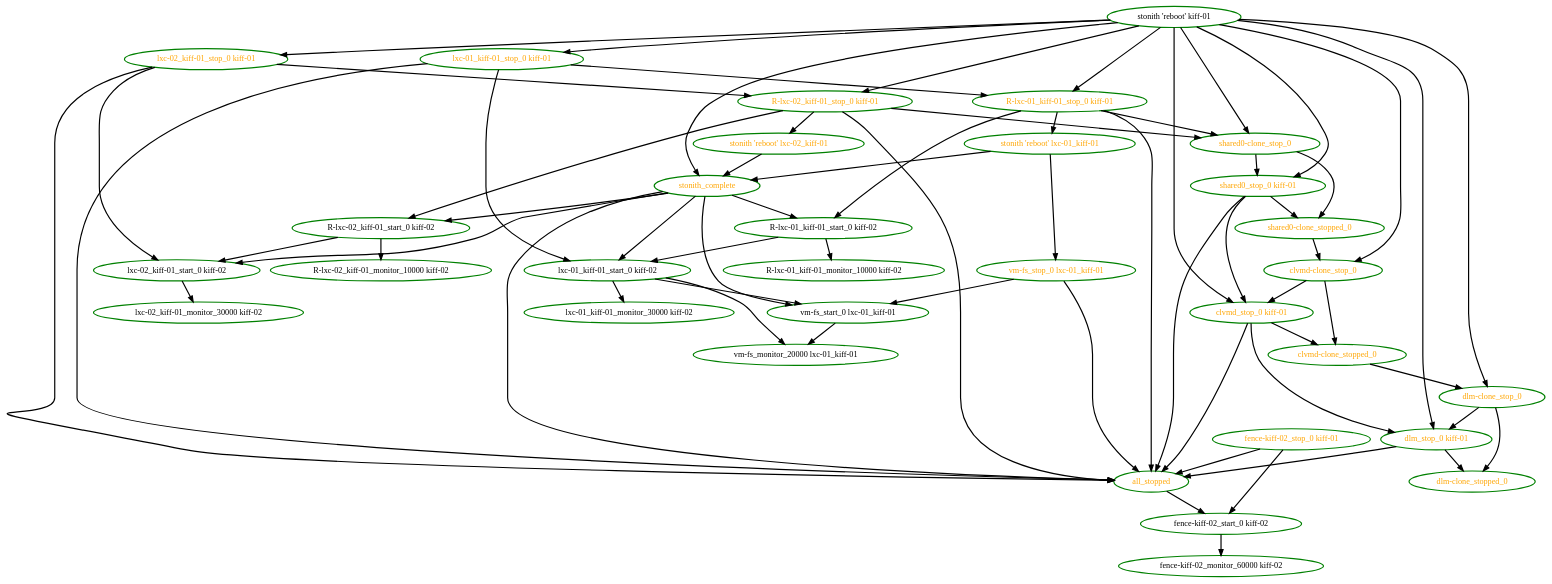
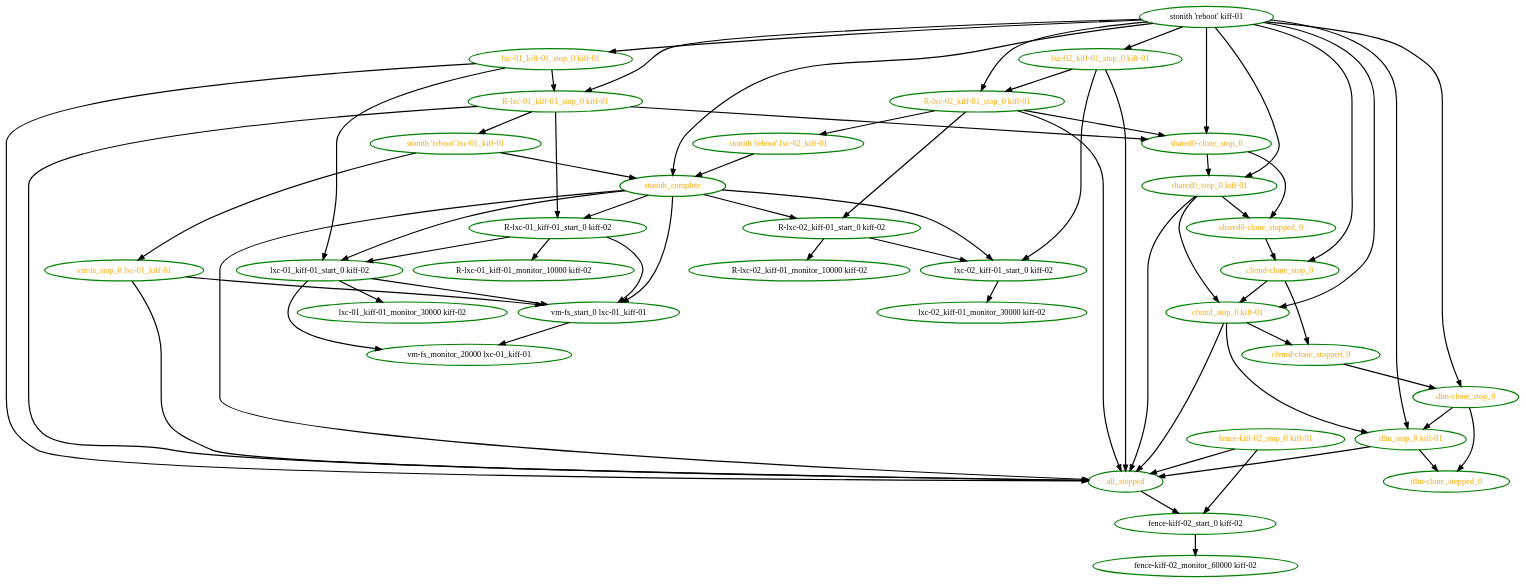
One commit to ClusterLabs/pacemaker changed the diagram in pengine/test10/whitebox-imply-stop-on-fence.dot. Above: the diagram before and after it, drawn with Graphviz. The commit also changed 27 other files, not shown here.

```diff
--- a/pengine/test10/whitebox-imply-stop-on-fence.dot
+++ b/pengine/test10/whitebox-imply-stop-on-fence.dot
@@ -1,99 +1,100 @@
  digraph "g" {
 "R-lxc-01_kiff-01_monitor_10000 kiff-02" [ style=bold color="green" fontcolor="black"]
 "R-lxc-01_kiff-01_start_0 kiff-02" -> "R-lxc-01_kiff-01_monitor_10000 kiff-02" [ style = bold]
 "R-lxc-01_kiff-01_start_0 kiff-02" -> "lxc-01_kiff-01_start_0 kiff-02" [ style = bold]
+"R-lxc-01_kiff-01_start_0 kiff-02" -> "vm-fs_start_0 lxc-01_kiff-01" [ style = bold]
 "R-lxc-01_kiff-01_start_0 kiff-02" [ style=bold color="green" fontcolor="black"]
 "R-lxc-01_kiff-01_stop_0 kiff-01" -> "R-lxc-01_kiff-01_start_0 kiff-02" [ style = bold]
 "R-lxc-01_kiff-01_stop_0 kiff-01" -> "all_stopped" [ style = bold]
 "R-lxc-01_kiff-01_stop_0 kiff-01" -> "shared0-clone_stop_0" [ style = bold]
 "R-lxc-01_kiff-01_stop_0 kiff-01" -> "stonith 'reboot' lxc-01_kiff-01" [ style = bold]
 "R-lxc-01_kiff-01_stop_0 kiff-01" [ style=bold color="green" fontcolor="orange"]
 "R-lxc-02_kiff-01_monitor_10000 kiff-02" [ style=bold color="green" fontcolor="black"]
 "R-lxc-02_kiff-01_start_0 kiff-02" -> "R-lxc-02_kiff-01_monitor_10000 kiff-02" [ style = bold]
 "R-lxc-02_kiff-01_start_0 kiff-02" -> "lxc-02_kiff-01_start_0 kiff-02" [ style = bold]
 "R-lxc-02_kiff-01_start_0 kiff-02" [ style=bold color="green" fontcolor="black"]
 "R-lxc-02_kiff-01_stop_0 kiff-01" -> "R-lxc-02_kiff-01_start_0 kiff-02" [ style = bold]
 "R-lxc-02_kiff-01_stop_0 kiff-01" -> "all_stopped" [ style = bold]
 "R-lxc-02_kiff-01_stop_0 kiff-01" -> "shared0-clone_stop_0" [ style = bold]
 "R-lxc-02_kiff-01_stop_0 kiff-01" -> "stonith 'reboot' lxc-02_kiff-01" [ style = bold]
 "R-lxc-02_kiff-01_stop_0 kiff-01" [ style=bold color="green" fontcolor="orange"]
 "all_stopped" -> "fence-kiff-02_start_0 kiff-02" [ style = bold]
 "all_stopped" [ style=bold color="green" fontcolor="orange"]
 "clvmd-clone_stop_0" -> "clvmd-clone_stopped_0" [ style = bold]
 "clvmd-clone_stop_0" -> "clvmd_stop_0 kiff-01" [ style = bold]
 "clvmd-clone_stop_0" [ style=bold color="green" fontcolor="orange"]
 "clvmd-clone_stopped_0" -> "dlm-clone_stop_0" [ style = bold]
 "clvmd-clone_stopped_0" [ style=bold color="green" fontcolor="orange"]
 "clvmd_stop_0 kiff-01" -> "all_stopped" [ style = bold]
 "clvmd_stop_0 kiff-01" -> "clvmd-clone_stopped_0" [ style = bold]
 "clvmd_stop_0 kiff-01" -> "dlm_stop_0 kiff-01" [ style = bold]
 "clvmd_stop_0 kiff-01" [ style=bold color="green" fontcolor="orange"]
 "dlm-clone_stop_0" -> "dlm-clone_stopped_0" [ style = bold]
 "dlm-clone_stop_0" -> "dlm_stop_0 kiff-01" [ style = bold]
 "dlm-clone_stop_0" [ style=bold color="green" fontcolor="orange"]
 "dlm-clone_stopped_0" [ style=bold color="green" fontcolor="orange"]
 "dlm_stop_0 kiff-01" -> "all_stopped" [ style = bold]
 "dlm_stop_0 kiff-01" -> "dlm-clone_stopped_0" [ style = bold]
 "dlm_stop_0 kiff-01" [ style=bold color="green" fontcolor="orange"]
 "fence-kiff-02_monitor_60000 kiff-02" [ style=bold color="green" fontcolor="black"]
 "fence-kiff-02_start_0 kiff-02" -> "fence-kiff-02_monitor_60000 kiff-02" [ style = bold]
 "fence-kiff-02_start_0 kiff-02" [ style=bold color="green" fontcolor="black"]
 "fence-kiff-02_stop_0 kiff-01" -> "all_stopped" [ style = bold]
 "fence-kiff-02_stop_0 kiff-01" -> "fence-kiff-02_start_0 kiff-02" [ style = bold]
 "fence-kiff-02_stop_0 kiff-01" [ style=bold color="green" fontcolor="orange"]
 "lxc-01_kiff-01_monitor_30000 kiff-02" [ style=bold color="green" fontcolor="black"]
 "lxc-01_kiff-01_start_0 kiff-02" -> "lxc-01_kiff-01_monitor_30000 kiff-02" [ style = bold]
 "lxc-01_kiff-01_start_0 kiff-02" -> "vm-fs_monitor_20000 lxc-01_kiff-01" [ style = bold]
 "lxc-01_kiff-01_start_0 kiff-02" -> "vm-fs_start_0 lxc-01_kiff-01" [ style = bold]
 "lxc-01_kiff-01_start_0 kiff-02" [ style=bold color="green" fontcolor="black"]
 "lxc-01_kiff-01_stop_0 kiff-01" -> "R-lxc-01_kiff-01_stop_0 kiff-01" [ style = bold]
 "lxc-01_kiff-01_stop_0 kiff-01" -> "all_stopped" [ style = bold]
 "lxc-01_kiff-01_stop_0 kiff-01" -> "lxc-01_kiff-01_start_0 kiff-02" [ style = bold]
 "lxc-01_kiff-01_stop_0 kiff-01" [ style=bold color="green" fontcolor="orange"]
 "lxc-02_kiff-01_monitor_30000 kiff-02" [ style=bold color="green" fontcolor="black"]
 "lxc-02_kiff-01_start_0 kiff-02" -> "lxc-02_kiff-01_monitor_30000 kiff-02" [ style = bold]
 "lxc-02_kiff-01_start_0 kiff-02" [ style=bold color="green" fontcolor="black"]
 "lxc-02_kiff-01_stop_0 kiff-01" -> "R-lxc-02_kiff-01_stop_0 kiff-01" [ style = bold]
 "lxc-02_kiff-01_stop_0 kiff-01" -> "all_stopped" [ style = bold]
 "lxc-02_kiff-01_stop_0 kiff-01" -> "lxc-02_kiff-01_start_0 kiff-02" [ style = bold]
 "lxc-02_kiff-01_stop_0 kiff-01" [ style=bold color="green" fontcolor="orange"]
 "shared0-clone_stop_0" -> "shared0-clone_stopped_0" [ style = bold]
 "shared0-clone_stop_0" -> "shared0_stop_0 kiff-01" [ style = bold]
 "shared0-clone_stop_0" [ style=bold color="green" fontcolor="orange"]
 "shared0-clone_stopped_0" -> "clvmd-clone_stop_0" [ style = bold]
 "shared0-clone_stopped_0" [ style=bold color="green" fontcolor="orange"]
 "shared0_stop_0 kiff-01" -> "all_stopped" [ style = bold]
 "shared0_stop_0 kiff-01" -> "clvmd_stop_0 kiff-01" [ style = bold]
 "shared0_stop_0 kiff-01" -> "shared0-clone_stopped_0" [ style = bold]
 "shared0_stop_0 kiff-01" [ style=bold color="green" fontcolor="orange"]
 "stonith 'reboot' kiff-01" -> "R-lxc-01_kiff-01_stop_0 kiff-01" [ style = bold]
 "stonith 'reboot' kiff-01" -> "R-lxc-02_kiff-01_stop_0 kiff-01" [ style = bold]
 "stonith 'reboot' kiff-01" -> "clvmd-clone_stop_0" [ style = bold]
 "stonith 'reboot' kiff-01" -> "clvmd_stop_0 kiff-01" [ style = bold]
 "stonith 'reboot' kiff-01" -> "dlm-clone_stop_0" [ style = bold]
 "stonith 'reboot' kiff-01" -> "dlm_stop_0 kiff-01" [ style = bold]
 "stonith 'reboot' kiff-01" -> "lxc-01_kiff-01_stop_0 kiff-01" [ style = bold]
 "stonith 'reboot' kiff-01" -> "lxc-02_kiff-01_stop_0 kiff-01" [ style = bold]
 "stonith 'reboot' kiff-01" -> "shared0-clone_stop_0" [ style = bold]
 "stonith 'reboot' kiff-01" -> "shared0_stop_0 kiff-01" [ style = bold]
 "stonith 'reboot' kiff-01" -> "stonith_complete" [ style = bold]
 "stonith 'reboot' kiff-01" [ style=bold color="green" fontcolor="black"]
 "stonith 'reboot' lxc-01_kiff-01" -> "stonith_complete" [ style = bold]
 "stonith 'reboot' lxc-01_kiff-01" -> "vm-fs_stop_0 lxc-01_kiff-01" [ style = bold]
 "stonith 'reboot' lxc-01_kiff-01" [ style=bold color="green" fontcolor="orange"]
 "stonith 'reboot' lxc-02_kiff-01" -> "stonith_complete" [ style = bold]
 "stonith 'reboot' lxc-02_kiff-01" [ style=bold color="green" fontcolor="orange"]
 "stonith_complete" -> "R-lxc-01_kiff-01_start_0 kiff-02" [ style = bold]
 "stonith_complete" -> "R-lxc-02_kiff-01_start_0 kiff-02" [ style = bold]
 "stonith_complete" -> "all_stopped" [ style = bold]
 "stonith_complete" -> "lxc-01_kiff-01_start_0 kiff-02" [ style = bold]
 "stonith_complete" -> "lxc-02_kiff-01_start_0 kiff-02" [ style = bold]
 "stonith_complete" -> "vm-fs_start_0 lxc-01_kiff-01" [ style = bold]
 "stonith_complete" [ style=bold color="green" fontcolor="orange"]
 "vm-fs_monitor_20000 lxc-01_kiff-01" [ style=bold color="green" fontcolor="black"]
 "vm-fs_start_0 lxc-01_kiff-01" -> "vm-fs_monitor_20000 lxc-01_kiff-01" [ style = bold]
 "vm-fs_start_0 lxc-01_kiff-01" [ style=bold color="green" fontcolor="black"]
 "vm-fs_stop_0 lxc-01_kiff-01" -> "all_stopped" [ style = bold]
 "vm-fs_stop_0 lxc-01_kiff-01" -> "vm-fs_start_0 lxc-01_kiff-01" [ style = bold]
 "vm-fs_stop_0 lxc-01_kiff-01" [ style=bold color="green" fontcolor="orange"]
 }
```
